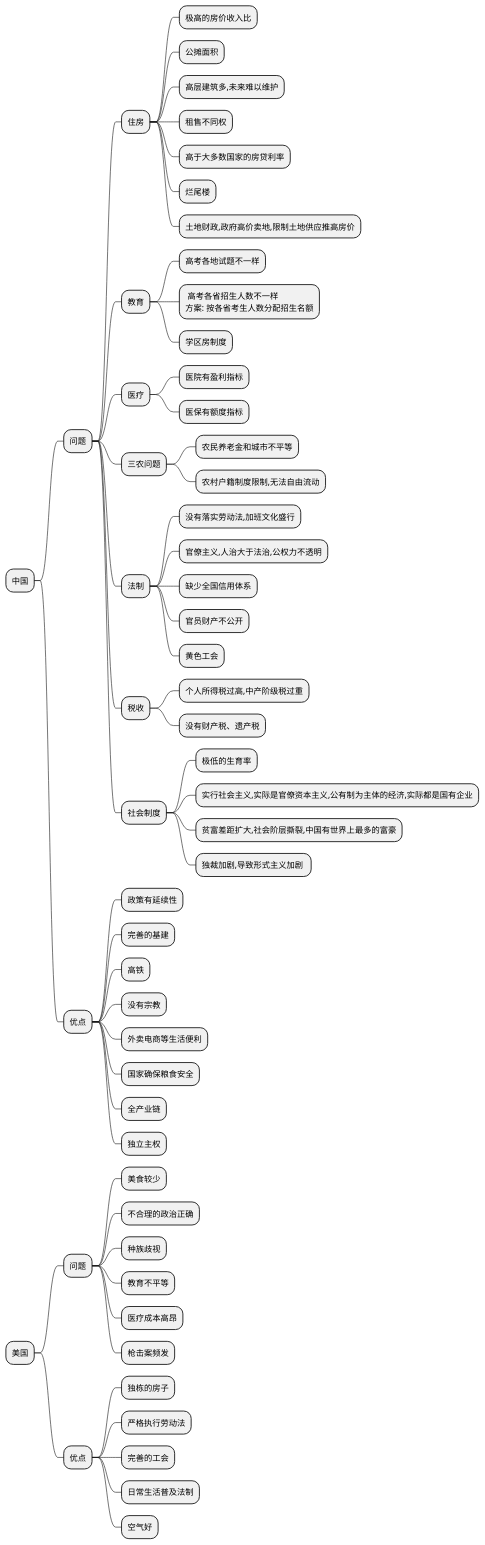
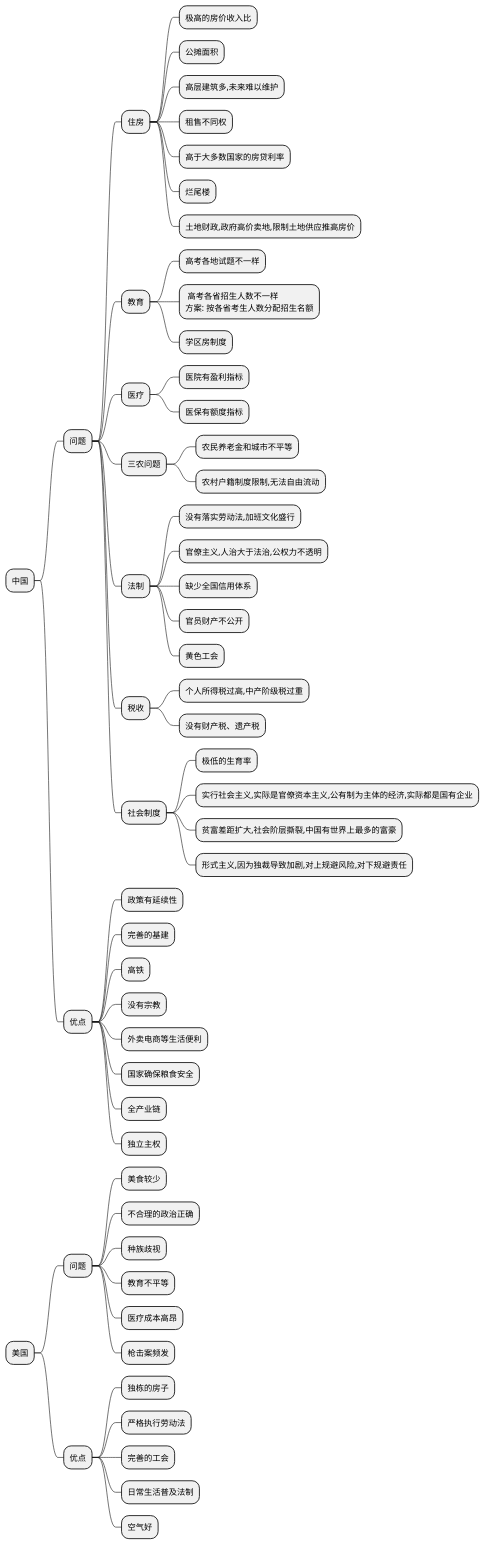
Before and after one commit to Huang2070/alpha-centauri-c: the diagram in D·观点-know_who/思考/中国社会.plantuml, drawn with PlantUML. The commit also changed 2 other files, not shown here.

```diff
--- a/D·观点-know_who/思考/中国社会.plantuml
+++ b/D·观点-know_who/思考/中国社会.plantuml
@@ -1,75 +1,75 @@
 @startmindmap 中国
 * 中国
 ** 问题
 
 *** 住房
 **** 极高的房价收入比
 **** 公摊面积
 **** 高层建筑多,未来难以维护
 **** 租售不同权
 **** 高于大多数国家的房贷利率
 **** 烂尾楼
 **** 土地财政,政府高价卖地,限制土地供应推高房价
 
 
 *** 教育
 **** 高考各地试题不一样
 ****: 高考各省招生人数不一样
 方案: 按各省考生人数分配招生名额;
 **** 学区房制度
 
 *** 医疗
 **** 医院有盈利指标
 **** 医保有额度指标
 
 *** 三农问题
 **** 农民养老金和城市不平等
 **** 农村户籍制度限制,无法自由流动
 
 *** 法制
 **** 没有落实劳动法,加班文化盛行
 **** 官僚主义,人治大于法治,公权力不透明
 **** 缺少全国信用体系
 **** 官员财产不公开
 **** 黄色工会
 
 *** 税收
 **** 个人所得税过高,中产阶级税过重
 **** 没有财产税、遗产税
 
 *** 社会制度
 **** 极低的生育率
 **** 实行社会主义,实际是官僚资本主义,公有制为主体的经济,实际都是国有企业
 **** 贫富差距扩大,社会阶层撕裂,中国有世界上最多的富豪
-**** 独裁加剧,导致形式主义加剧 
+**** 形式主义,因为独裁导致加剧,对上规避风险,对下规避责任
 
 
 ** 优点
 *** 政策有延续性
 *** 完善的基建
 *** 高铁
 *** 没有宗教
 *** 外卖电商等生活便利
 *** 国家确保粮食安全
 *** 全产业链
 *** 独立主权
 
 
 
 * 美国
 ** 问题
 *** 美食较少
 *** 不合理的政治正确
 *** 种族歧视
 *** 教育不平等
 *** 医疗成本高昂
 *** 枪击案频发
 
 
 ** 优点
 *** 独栋的房子
 *** 严格执行劳动法
 *** 完善的工会
 *** 日常生活普及法制
 *** 空气好
 @endmindmap
```
